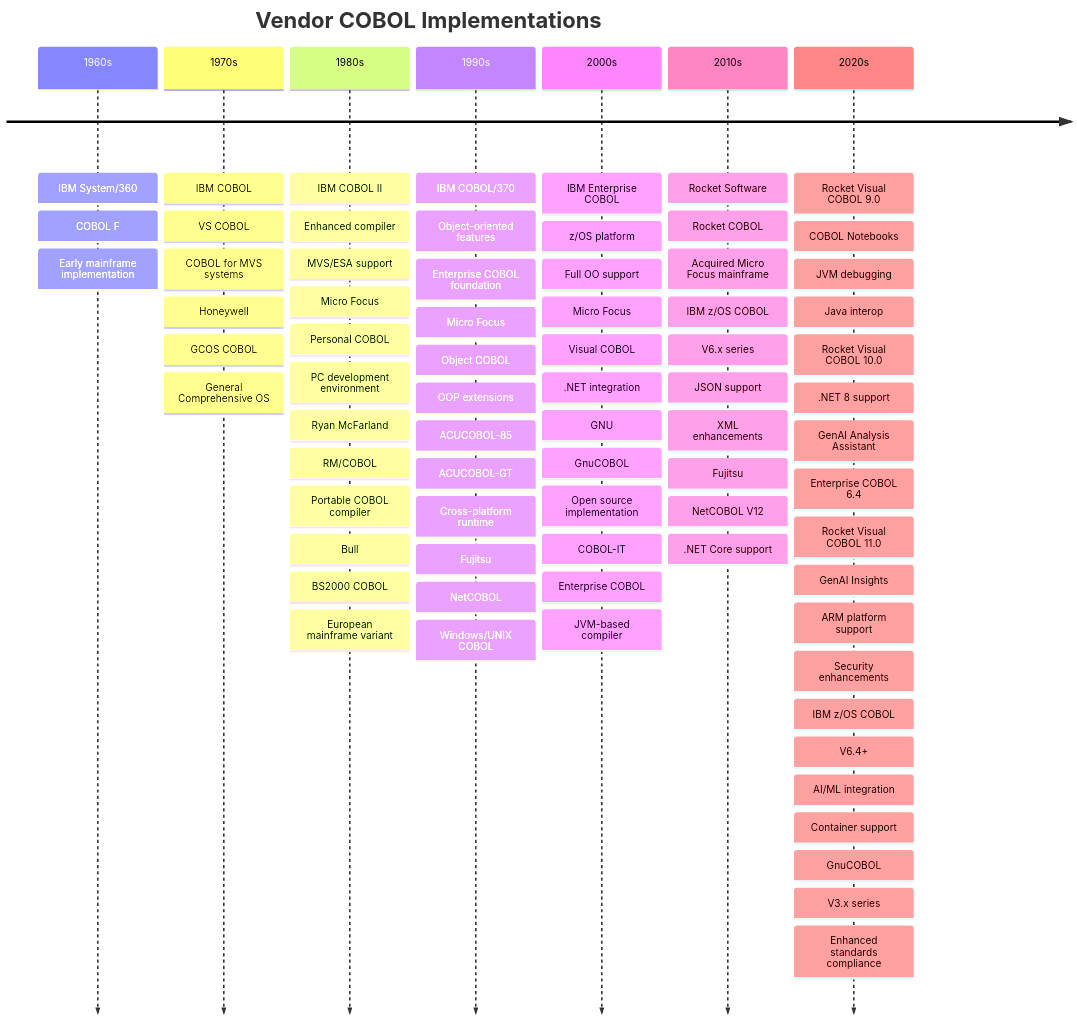
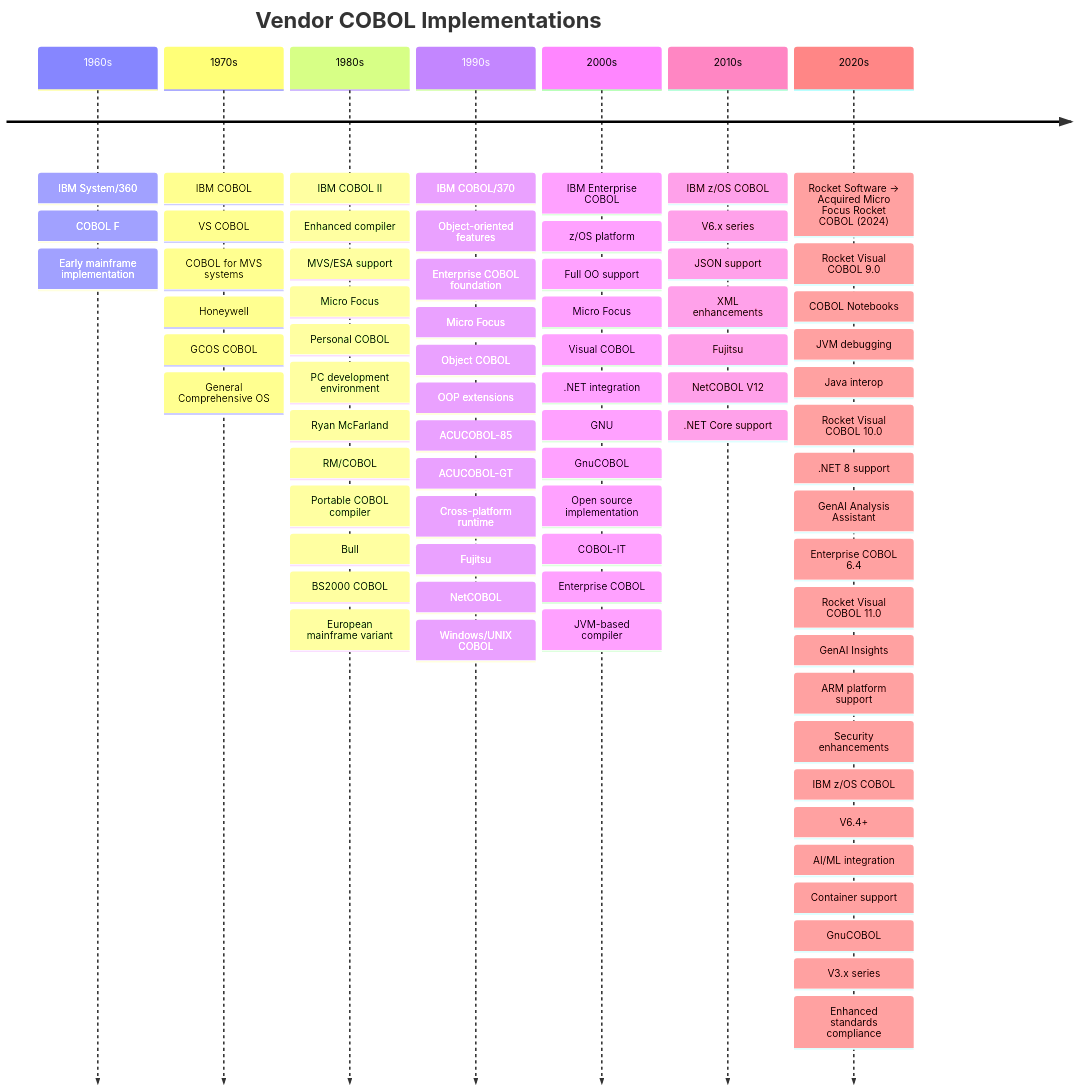
Before and after one commit to spgennard/vscode_cobol: the second of 12 diagrams in COBOL_Timeline.md, drawn with Mermaid.

````diff
--- a/COBOL_Timeline.md
+++ b/COBOL_Timeline.md
@@ -24,34 +24,34 @@
 ```mermaid
 timeline
     title Vendor COBOL Implementations
     
     1960s : IBM System/360 : COBOL F : Early mainframe implementation
     
     1970s : IBM COBOL : VS COBOL : COBOL for MVS systems
           : Honeywell : GCOS COBOL : General Comprehensive OS
     
     1980s : IBM COBOL II : Enhanced compiler : MVS/ESA support
           : Micro Focus : Personal COBOL : PC development environment
           : Ryan McFarland : RM/COBOL : Portable COBOL compiler
           : Bull : BS2000 COBOL : European mainframe variant
     
     1990s : IBM COBOL/370 : Object-oriented features : Enterprise COBOL foundation
           : Micro Focus : Object COBOL : OOP extensions
           : ACUCOBOL-85 : ACUCOBOL-GT : Cross-platform runtime
           : Fujitsu : NetCOBOL : Windows/UNIX COBOL
     
     2000s : IBM Enterprise COBOL : z/OS platform : Full OO support
           : Micro Focus : Visual COBOL : .NET integration
           : GNU : GnuCOBOL : Open source implementation
           : COBOL-IT : Enterprise COBOL : JVM-based compiler
     
-    2010s : Rocket Software : Rocket COBOL : Acquired Micro Focus mainframe
-          : IBM z/OS COBOL : V6.x series : JSON support : XML enhancements
+    2010s : IBM z/OS COBOL : V6.x series : JSON support : XML enhancements
           : Fujitsu : NetCOBOL V12 : .NET Core support
     
-    2020s : Rocket Visual COBOL 9.0 : COBOL Notebooks : JVM debugging : Java interop
+    2020s : Rocket Software -> Acquired Micro Focus Rocket COBOL (2024)
+          : Rocket Visual COBOL 9.0 : COBOL Notebooks : JVM debugging : Java interop
           : Rocket Visual COBOL 10.0 : .NET 8 support : GenAI Analysis Assistant : Enterprise COBOL 6.4
           : Rocket Visual COBOL 11.0 : GenAI Insights : ARM platform support : Security enhancements
           : IBM z/OS COBOL : V6.4+ : AI/ML integration : Container support
           : GnuCOBOL : V3.x series : Enhanced standards compliance
 ```
````
